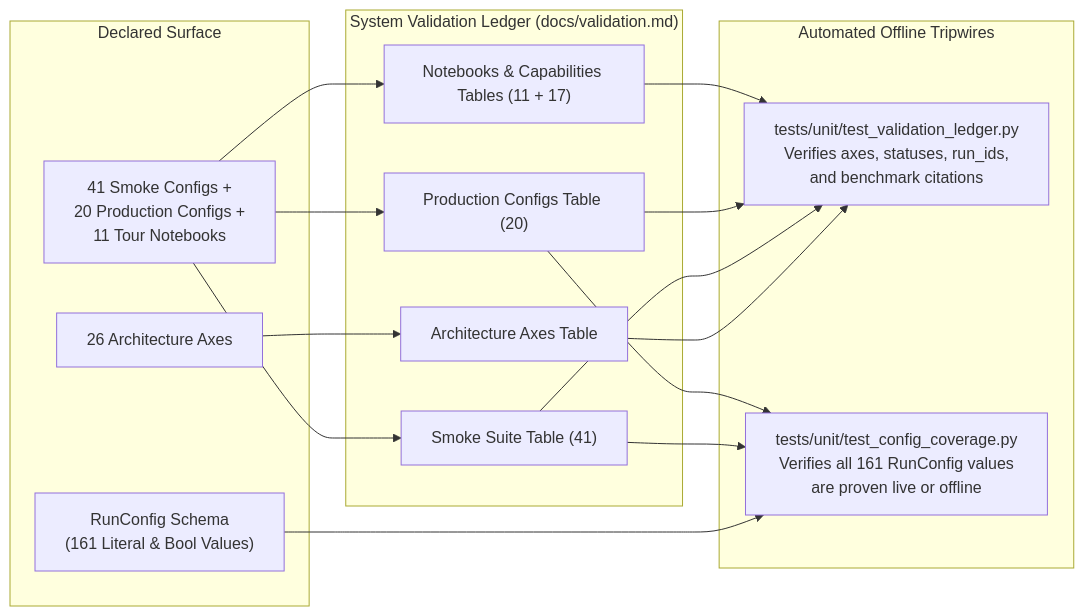
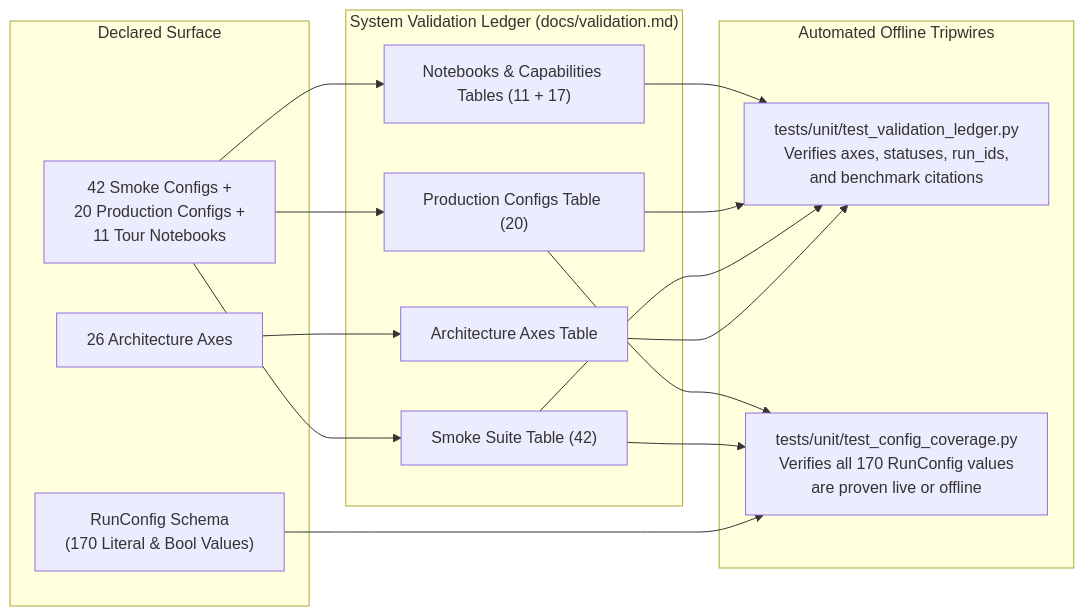
The diagram in docs/validation.md (statmike/scale-forecasting), drawn with Mermaid before and after one commit. The commit also changed other lines of this file and 102 other files, not shown here.

````diff
--- a/docs/validation.md
+++ b/docs/validation.md
@@ -7,25 +7,25 @@
 ```mermaid
 flowchart LR
     subgraph Surface["Declared Surface"]
         Axes["26 Architecture Axes"]
-        RunCfg["RunConfig Schema\n(161 Literal & Bool Values)"]
-        Configs["41 Smoke Configs +\n20 Production Configs +\n11 Tour Notebooks"]
+        RunCfg["RunConfig Schema<br/>(170 Literal & Bool Values)"]
+        Configs["42 Smoke Configs +<br/>20 Production Configs +<br/>11 Tour Notebooks"]
     end
 
     subgraph Ledger["System Validation Ledger (docs/validation.md)"]
         T1["Architecture Axes Table"]
-        T2["Smoke Suite Table (41)"]
+        T2["Smoke Suite Table (42)"]
         T3["Production Configs Table (20)"]
         T4["Notebooks & Capabilities Tables (11 + 17)"]
     end
 
     subgraph Gates["Automated Offline Tripwires"]
-        VTest["tests/unit/test_validation_ledger.py\nVerifies axes, statuses, run_ids,\nand benchmark citations"]
-        CTest["tests/unit/test_config_coverage.py\nVerifies all 161 RunConfig values\nare proven live or offline"]
+        VTest["tests/unit/test_validation_ledger.py<br/>Verifies axes, statuses, run_ids,<br/>and benchmark citations"]
+        CTest["tests/unit/test_config_coverage.py<br/>Verifies all 170 RunConfig values<br/>are proven live or offline"]
     end
 
     Axes --> T1
     Configs --> T2 & T3 & T4
     T1 & T2 & T3 & T4 --> VTest
     RunCfg & T2 & T3 --> CTest
 ```
````
